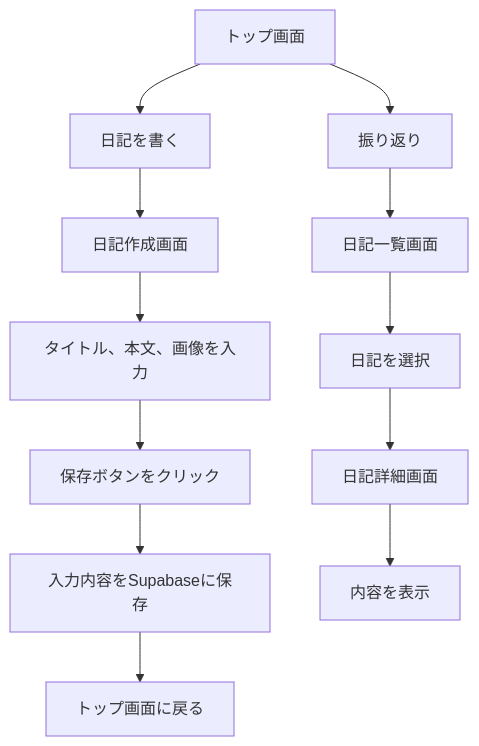
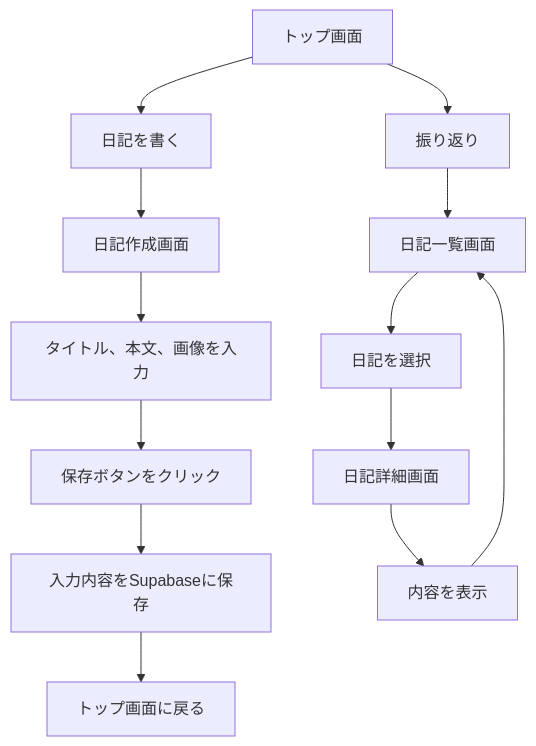
Before and after one commit to 310310Z/new: the diagram in nextjs-docker/my-nextjs-app/docs/requirements.md, drawn with Mermaid.

Commit message:
フロー図の修正 requirements.md

````diff
--- a/nextjs-docker/my-nextjs-app/docs/requirements.md
+++ b/nextjs-docker/my-nextjs-app/docs/requirements.md
@@ -80,15 +80,16 @@
 ```mermaid
 flowchart TD
     A[トップ画面] --> B[日記を書く]
     A --> C[振り返り]
     B --> D[日記作成画面]
     D --> E[タイトル、本文、画像を入力]
     E --> F[保存ボタンをクリック]
     F --> G[入力内容をSupabaseに保存]
     G --> H[トップ画面に戻る]
 
     C --> I[日記一覧画面]
     I --> J[日記を選択]
     J --> K[日記詳細画面]
     K --> L[内容を表示]
+    L --> I[日記一覧画面]
 ```
````
